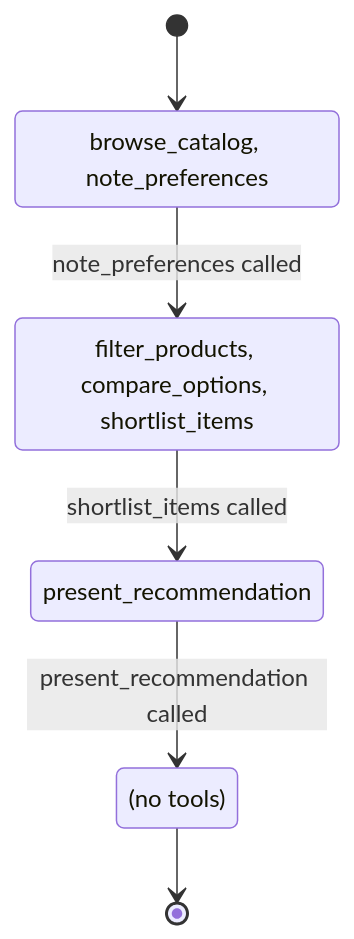
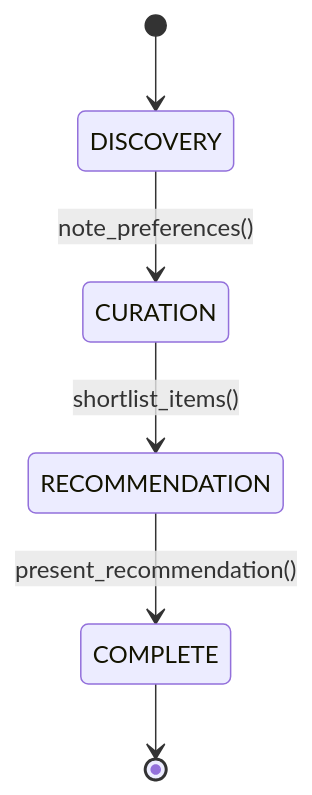
The third of 3 diagrams in python/behavior-steering-middleware/src/bsm_examples/phase_steering/DIAGRAM.md (johnsosoka/code-examples), drawn with Mermaid before and after one commit. The commit also changed other lines of this file and 8 other files, not shown here.

First line of the commit message:
docs: simplify diagrams to match sketch style, fix blog post accuracy

````diff
--- a/python/behavior-steering-middleware/src/bsm_examples/phase_steering/DIAGRAM.md
+++ b/python/behavior-steering-middleware/src/bsm_examples/phase_steering/DIAGRAM.md
@@ -47,13 +26,8 @@
 ```mermaid
 stateDiagram-v2
     [*] --> DISCOVERY
-    DISCOVERY --> CURATION : note_preferences called
-    CURATION --> RECOMMENDATION : shortlist_items called
-    RECOMMENDATION --> COMPLETE : present_recommendation called
+    DISCOVERY --> CURATION : note_preferences()
+    CURATION --> RECOMMENDATION : shortlist_items()
+    RECOMMENDATION --> COMPLETE : present_recommendation()
     COMPLETE --> [*]
-
-    DISCOVERY : browse_catalog, note_preferences
-    CURATION : filter_products, compare_options, shortlist_items
-    RECOMMENDATION : present_recommendation
-    COMPLETE : (no tools)
 ```
````
